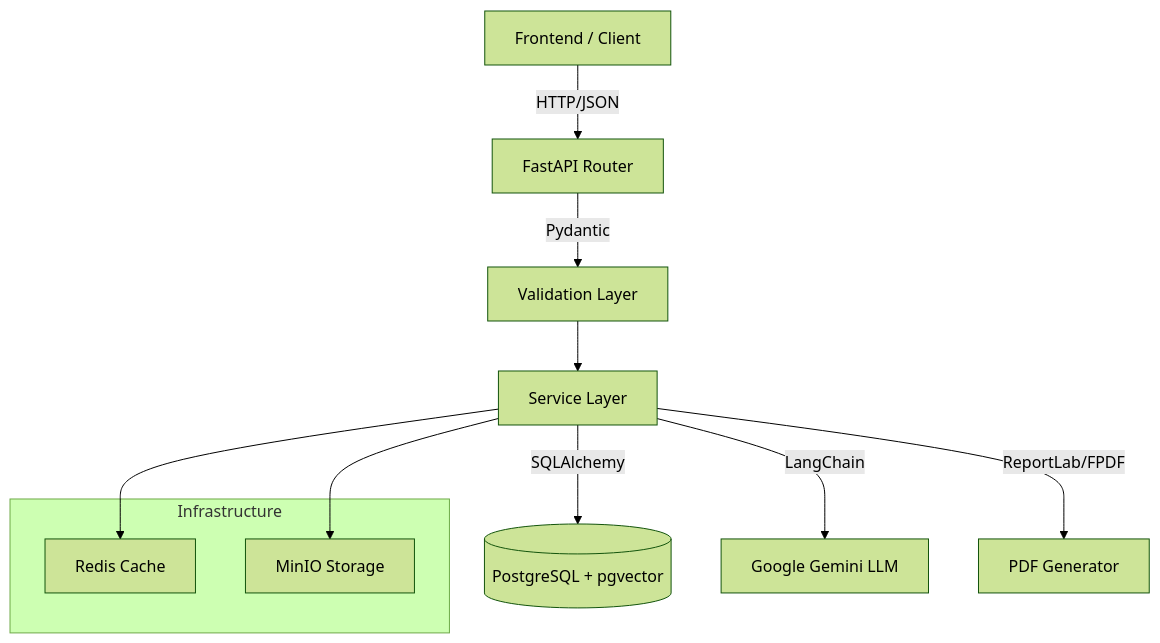
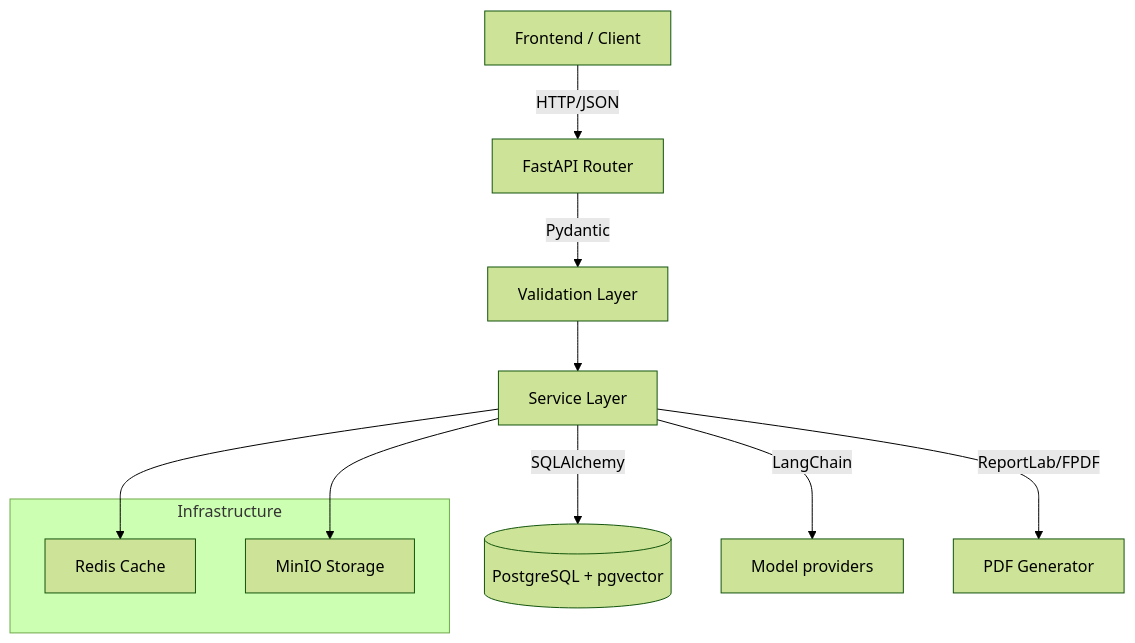
The diagram in README.md (SureshAmal/bhasaai-backend), drawn with Mermaid (forest theme) before and after one commit. The commit also changed other lines of this file, not shown here.

````diff
--- a/README.md
+++ b/README.md
@@ -10,18 +9,18 @@
 ```mermaid
 graph TD
     Client[Frontend / Client] --> |HTTP/JSON| API[FastAPI Router]
     API --> |Pydantic| Schema[Validation Layer]
     Schema --> Service[Service Layer]
-    
+
     Service --> |SQLAlchemy| DB[(PostgreSQL + pgvector)]
-    Service --> |LangChain| AI[Google Gemini LLM]
+    Service --> |LangChain| AI[Model providers]
     Service --> |ReportLab/FPDF| PDF[PDF Generator]
-    
+
     subgraph "Infrastructure"
         Redis[Redis Cache]
         MinIO[MinIO Storage]
     end
-    
+
     Service --> Redis
     Service --> MinIO
 ```
````
